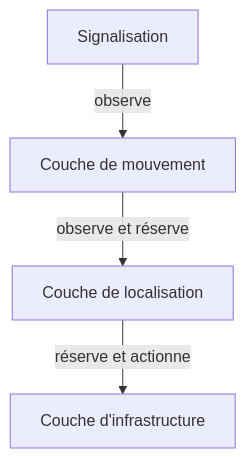
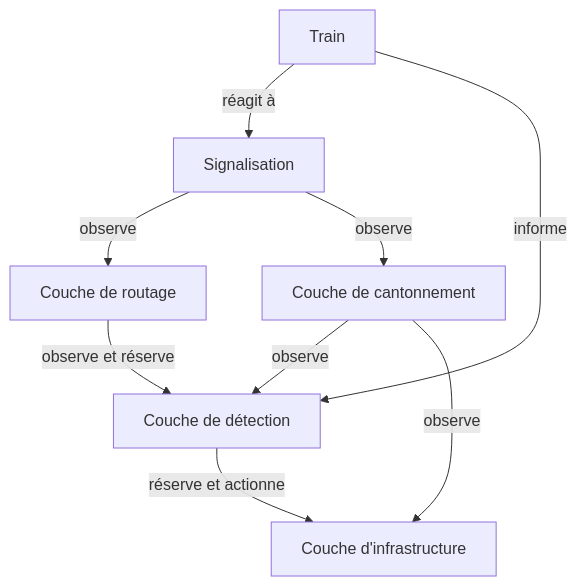
Before and after one commit to OpenRailAssociation/osrd-website: the first of 2 diagrams in content/developers/internals/internals/interlocking.md, drawn with Mermaid. The commit also changed other lines of this file, not shown here.

Commit message:
interlocking: draft the new signaling and routing APIs

````diff
--- a/content/developers/internals/internals/interlocking.md
+++ b/content/developers/internals/internals/interlocking.md
@@ -14,11 +14,25 @@
 ```mermaid
 flowchart TD
+    train[Train]
     signaling[Signalisation]
-    movement[Couche de mouvement]
-    loc[Couche de localisation]
+    routing[Couche de routage]
+    detection[Couche de détection]
     infra["Couche d'infrastructure"]
+    spacing["Couche de cantonnement"]
 
-    signaling -- observe --> movement
-    movement -- observe et réserve --> loc
-    loc -- réserve et actionne --> infra
+    train -- réagit à --> signaling
+    train -- informe --> detection
+
+    signaling -- observe --> routing
+    signaling -- observe --> spacing
+    spacing -- observe --> detection
+    spacing -- observe --> infra
+    routing -- observe et réserve --> detection
+    detection -- réserve et actionne --> infra
+
+    click signaling href "./#signaling" _self
+    click routing href "./#routing" _self
+    click spacing href "./#spacing" _self
+    click detection href "./#detection" _self
+    click infra href "./#infra" _self
 ```
````
